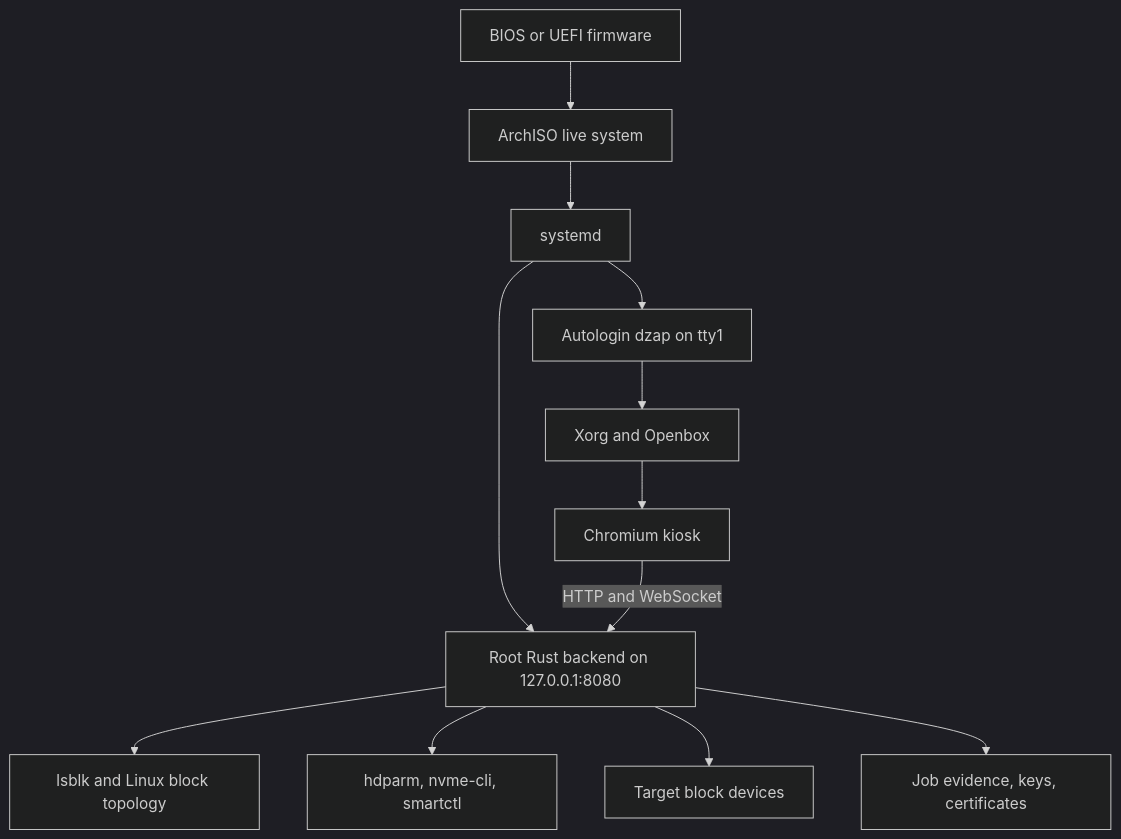
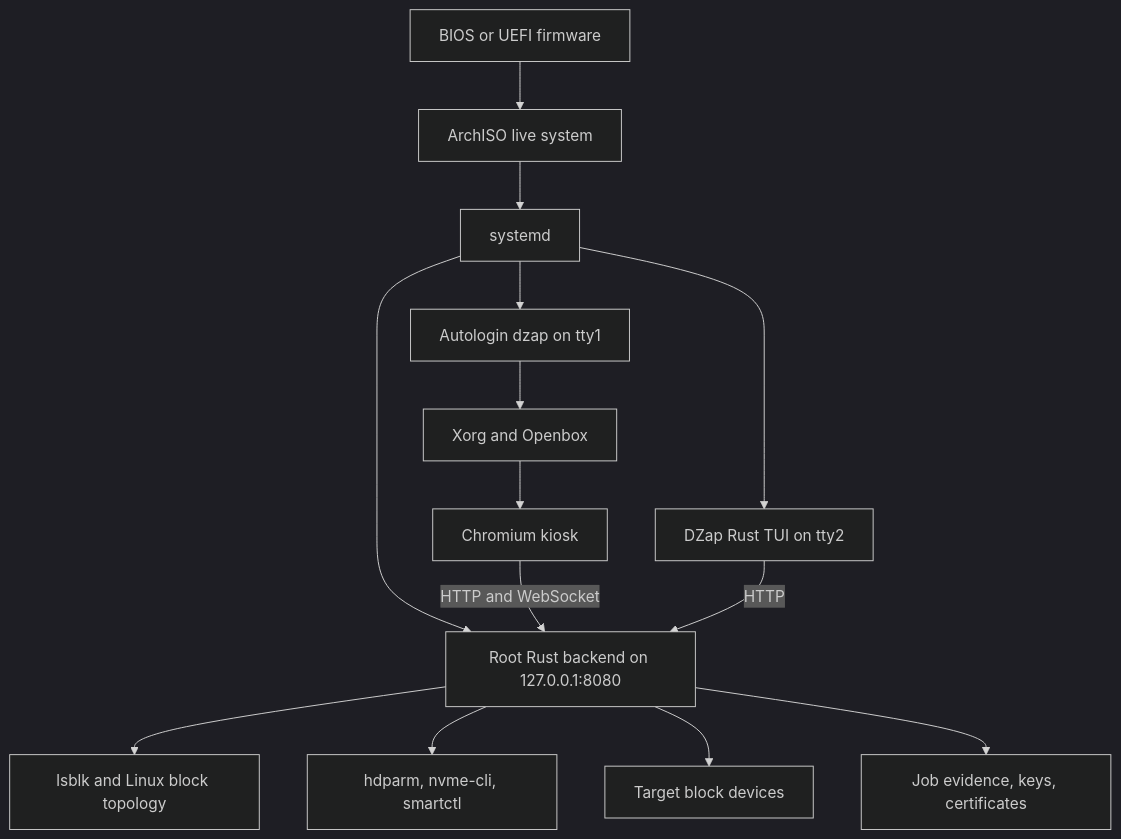
The diagram in docs/README.md (AceofStades/DZap), drawn with Mermaid (dark theme) before and after one commit. The commit also changed other lines of this file and 14 other files, not shown here.

````diff
--- a/docs/README.md
+++ b/docs/README.md
@@ -29,14 +30,16 @@
 ```mermaid
 flowchart TD
     firmware[BIOS or UEFI firmware] --> archiso[ArchISO live system]
     archiso --> systemd[systemd]
     systemd --> backend[Root Rust backend on 127.0.0.1:8080]
     systemd --> login[Autologin dzap on tty1]
+    systemd --> tui[DZap Rust TUI on tty2]
     login --> xorg[Xorg and Openbox]
     xorg --> chromium[Chromium kiosk]
     chromium -->|HTTP and WebSocket| backend
+    tui -->|HTTP| backend
     backend --> topology[lsblk and Linux block topology]
     backend --> tools[hdparm, nvme-cli, smartctl]
     backend --> devices[Target block devices]
     backend --> records[Job evidence, keys, certificates]
 ```
````
